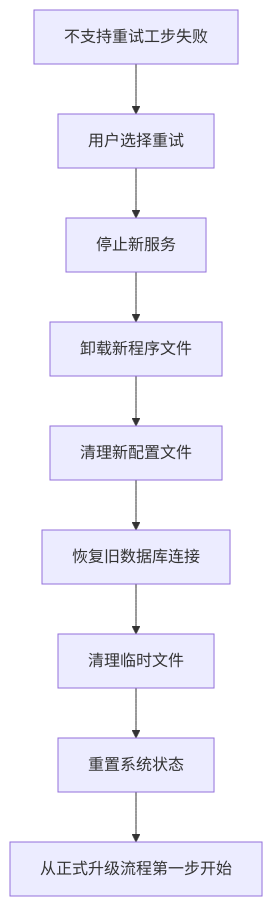
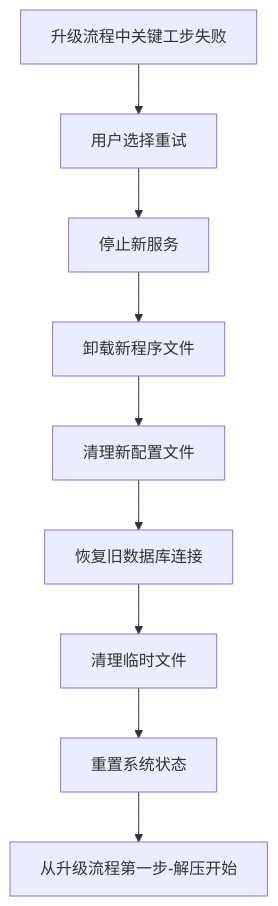
Before and after one commit to zhaolei0914/kubesphere: the third of 5 diagrams in 灾备产品升级工具健壮性优化设计.md, drawn with Mermaid. The commit also changed other lines of this file, not shown here.

````diff
--- a/灾备产品升级工具健壮性优化设计.md
+++ b/灾备产品升级工具健壮性优化设计.md
@@ -200,11 +381,11 @@
 ```mermaid
 flowchart TD
-    A[不支持重试工步失败] --> B[用户选择重试]
+    A[升级流程中关键工步失败] --> B[用户选择重试]
     B --> C[停止新服务]
     C --> D[卸载新程序文件]
     D --> E[清理新配置文件]
     E --> F[恢复旧数据库连接]
     F --> G[清理临时文件]
     G --> H[重置系统状态]
-    H --> I[从正式升级流程第一步开始]
+    H --> I[从升级流程第一步-解压开始]
 ```
````
